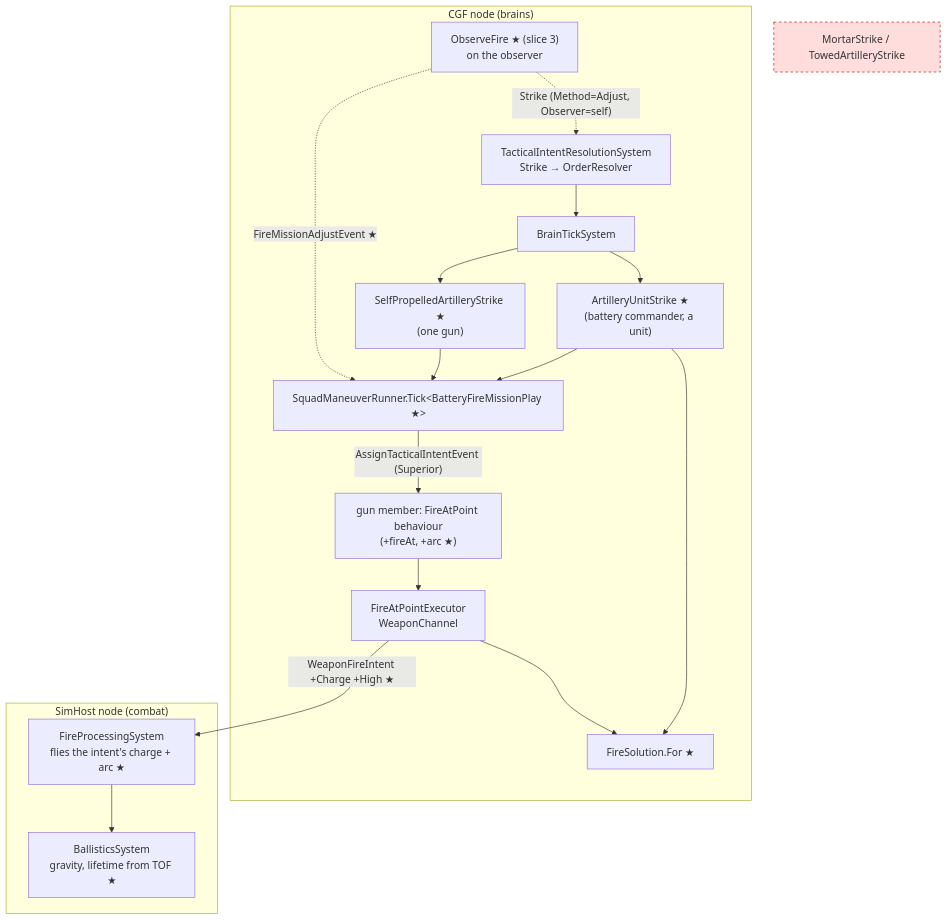
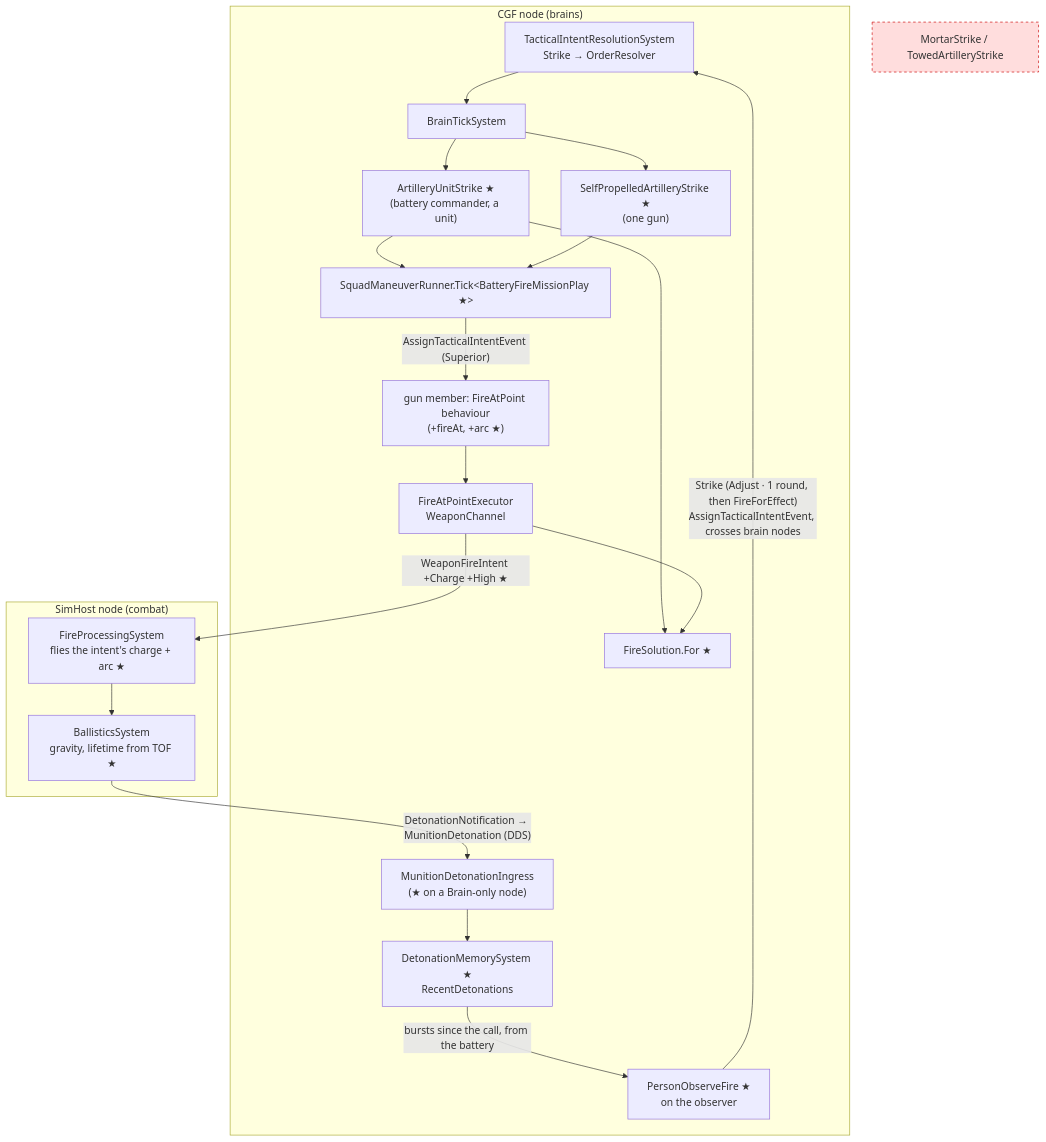
The first of 5 diagrams in docs/designs/indirect-fire/DESIGN_Indirect_Fire.md (pjanec/HROT), drawn with Mermaid before and after one commit. The commit also changed other lines of this file and 13 other files, not shown here.

First line of the commit message:
feat(indirect-fire): IF-3 — the forward observer and adjust fire (CE-2176)

````diff
--- a/docs/designs/indirect-fire/DESIGN_Indirect_Fire.md
+++ b/docs/designs/indirect-fire/DESIGN_Indirect_Fire.md
@@ -69,29 +70,32 @@
 ```mermaid
 graph TD
   subgraph CGF["CGF node (brains)"]
     TIR["TacticalIntentResolutionSystem<br/>Strike → OrderResolver"]
     BTK["BrainTickSystem"]
     BAT["ArtilleryUnitStrike ★<br/>(battery commander, a unit)"]
     SPS["SelfPropelledArtilleryStrike ★<br/>(one gun)"]
     RUN["SquadManeuverRunner.Tick&lt;BatteryFireMissionPlay ★&gt;"]
     GUN["gun member: FireAtPoint behaviour<br/>(+fireAt, +arc ★)"]
     FAP["FireAtPointExecutor<br/>WeaponChannel"]
     FS1["FireSolution.For ★"]
-    OBS["ObserveFire ★ (slice 3)<br/>on the observer"]
+    OBS["PersonObserveFire ★<br/>on the observer"]
+    DMS["DetonationMemorySystem ★<br/>RecentDetonations"]
+    DIN["MunitionDetonationIngress<br/>(★ on a Brain-only node)"]
   end
   subgraph SIM["SimHost node (combat)"]
     FPS["FireProcessingSystem<br/>flies the intent's charge + arc ★"]
     BAL["BallisticsSystem<br/>gravity, lifetime from TOF ★"]
   end
   TIR --> BTK --> BAT --> RUN
   BTK --> SPS --> RUN
   RUN -- "AssignTacticalIntentEvent (Superior)" --> GUN
   GUN --> FAP
   BAT --> FS1
   FAP --> FS1
   FAP -- "WeaponFireIntent +Charge +High ★" --> FPS --> BAL
-  OBS -. "FireMissionAdjustEvent ★" .-> RUN
-  OBS -. "Strike (Method=Adjust, Observer=self)" .-> TIR
+  OBS -- "Strike (Adjust · 1 round, then FireForEffect)<br/>AssignTacticalIntentEvent, crosses brain nodes" --> TIR
+  BAL -- "DetonationNotification → MunitionDetonation (DDS)" --> DIN --> DMS
+  DMS -- "bursts since the call, from the battery" --> OBS
   MTB["MortarStrike / TowedArtilleryStrike"]:::dead
   classDef dead fill:#fdd,stroke:#c00,stroke-dasharray: 4 4
 ```
````
